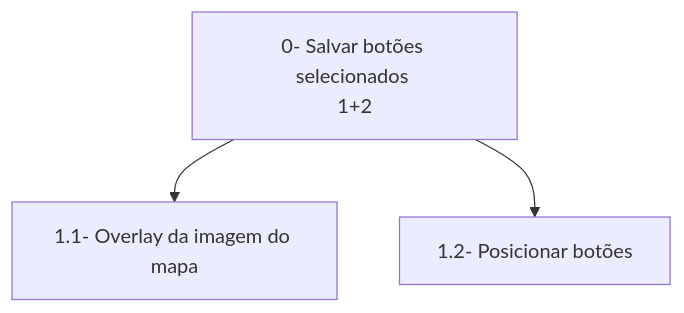
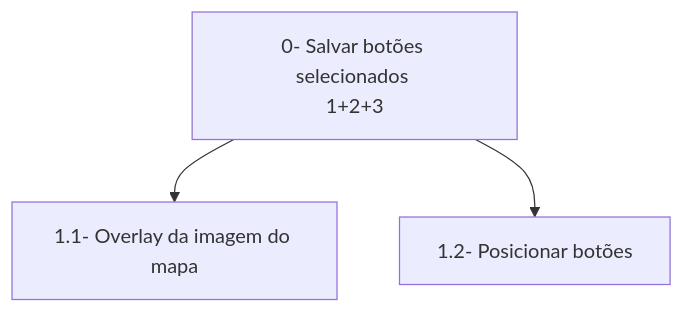
Before and after one commit to mdarce765/ProjetoIHC: the first of 2 diagrams in Arquivos/Documentos/5_analise_tarefas.md, drawn with Mermaid. The commit also changed other lines of this file, not shown here.

````diff
--- a/Arquivos/Documentos/5_analise_tarefas.md
+++ b/Arquivos/Documentos/5_analise_tarefas.md
@@ -14,9 +14,10 @@
 ```mermaid
 graph TD;
 
-    id1[0- Salvar botões selecionados <br>1+2]
+    id1[0- Salvar botões selecionados <br>1+2+3]
     id2[1.1- Overlay da imagem do mapa]
     id3[1.2- Posicionar botões]
+    
     id1-->id2;
     id1-->id3;
 ```
````
